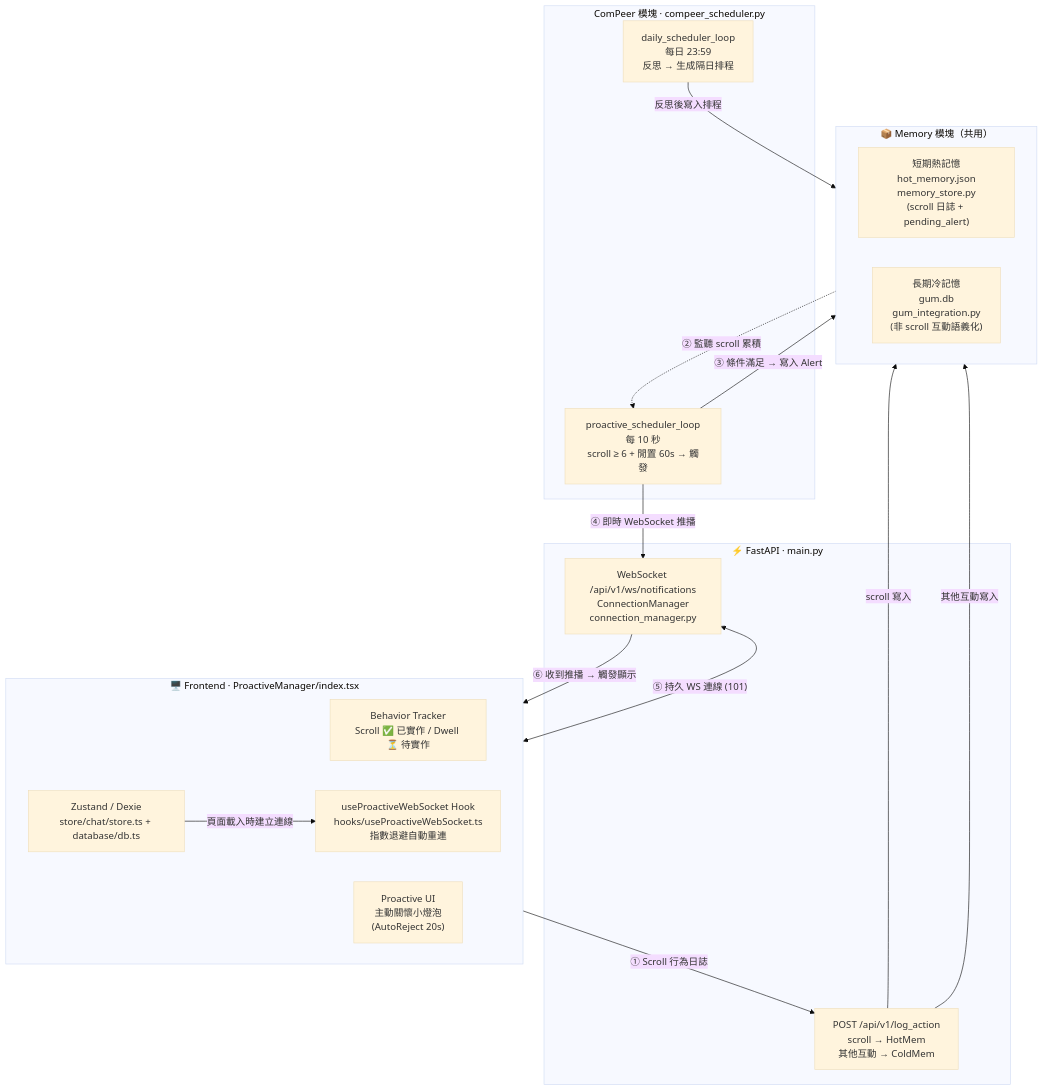
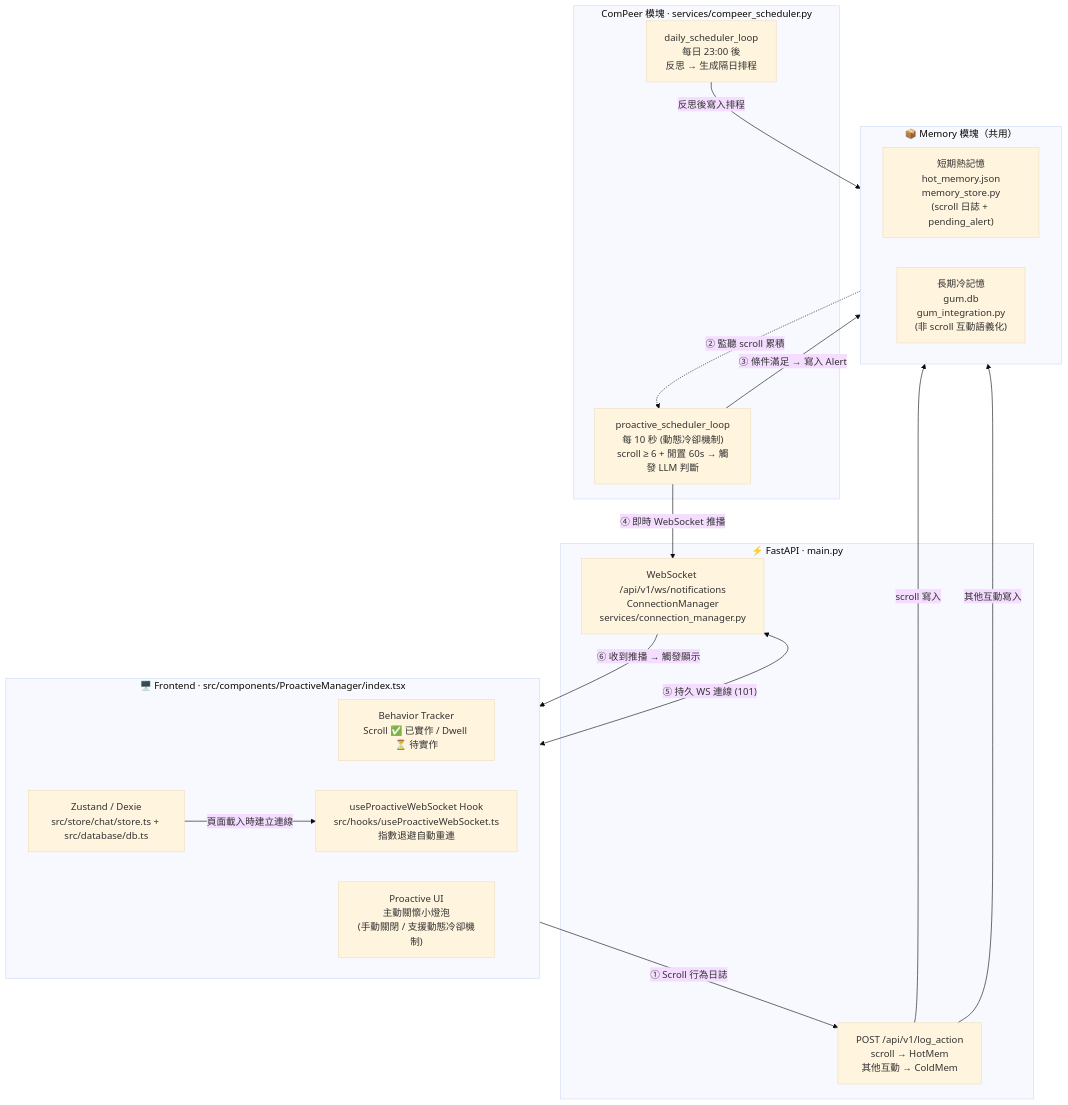
The second of 2 diagrams in README.md (CongJie-Pan/AREQA), drawn with Mermaid (base theme) before and after one commit. The commit also changed other lines of this file and 6 other files, not shown here.

````diff
--- a/README.md
+++ b/README.md
@@ -64,37 +64,37 @@
 ```mermaid
 flowchart TD
-    subgraph FE_B ["🖥️ Frontend · ProactiveManager/index.tsx"]
+    subgraph FE_B ["🖥️ Frontend · src/components/ProactiveManager/index.tsx"]
         direction LR
         Tracker["Behavior Tracker\nScroll ✅ 已實作 / Dwell ⏳ 待實作"]
-        State["Zustand / Dexie\nstore/chat/store.ts + database/db.ts"]
-        WSHook["useProactiveWebSocket Hook\nhooks/useProactiveWebSocket.ts\n指數退避自動重連"]
-        UI_Hint["Proactive UI\n主動關懷小燈泡\n(AutoReject 20s)"]
+        State["Zustand / Dexie\nsrc/store/chat/store.ts + src/database/db.ts"]
+        WSHook["useProactiveWebSocket Hook\nsrc/hooks/useProactiveWebSocket.ts\n指數退避自動重連"]
+        UI_Hint["Proactive UI\n主動關懷小燈泡\n(手動關閉 / 支援動態冷卻機制)"]
     end
 
     subgraph MEM_B ["📦 Memory 模塊（共用）"]
         direction LR
         HotMem_B["短期熱記憶\nhot_memory.json\nmemory_store.py\n(scroll 日誌 + pending_alert)"]
         ColdMem_B["長期冷記憶\ngum.db\ngum_integration.py\n(非 scroll 互動語義化)"]
     end
 
     subgraph API_B ["⚡ FastAPI · main.py"]
         LogAPI["POST /api/v1/log_action\nscroll → HotMem\n其他互動 → ColdMem"]
-        WSEndpoint["WebSocket /api/v1/ws/notifications\nConnectionManager\nconnection_manager.py"]
+        WSEndpoint["WebSocket /api/v1/ws/notifications\nConnectionManager\nservices/connection_manager.py"]
     end
 
-    subgraph COMPEER ["ComPeer 模塊 · compeer_scheduler.py"]
-        ProLoop["proactive_scheduler_loop\n每 10 秒\nscroll ≥ 6 + 閒置 60s → 觸發"]
-        DailyLoop["daily_scheduler_loop\n每日 23:59\n反思 → 生成隔日排程"]
+    subgraph COMPEER ["ComPeer 模塊 · services/compeer_scheduler.py"]
+        ProLoop["proactive_scheduler_loop\n每 10 秒 (動態冷卻機制)\nscroll ≥ 6 + 閒置 60s → 觸發 LLM 判斷"]
+        DailyLoop["daily_scheduler_loop\n每日 23:00 後\n反思 → 生成隔日排程"]
     end
 
     Tracker -->|"① Scroll 行為日誌"| LogAPI
     LogAPI -->|"scroll 寫入"| HotMem_B
     LogAPI -->|"其他互動寫入"| ColdMem_B
     HotMem_B -.->|"② 監聽 scroll 累積"| ProLoop
     ProLoop -->|"③ 條件滿足 → 寫入 Alert"| HotMem_B
     ProLoop -->|"④ 即時 WebSocket 推播"| WSEndpoint
     DailyLoop -->|"反思後寫入排程"| HotMem_B
     State -->|"頁面載入時建立連線"| WSHook
     WSHook <-->|"⑤ 持久 WS 連線 (101)"| WSEndpoint
     WSEndpoint -->|"⑥ 收到推播 → 觸發顯示"| UI_Hint
 ```
````
